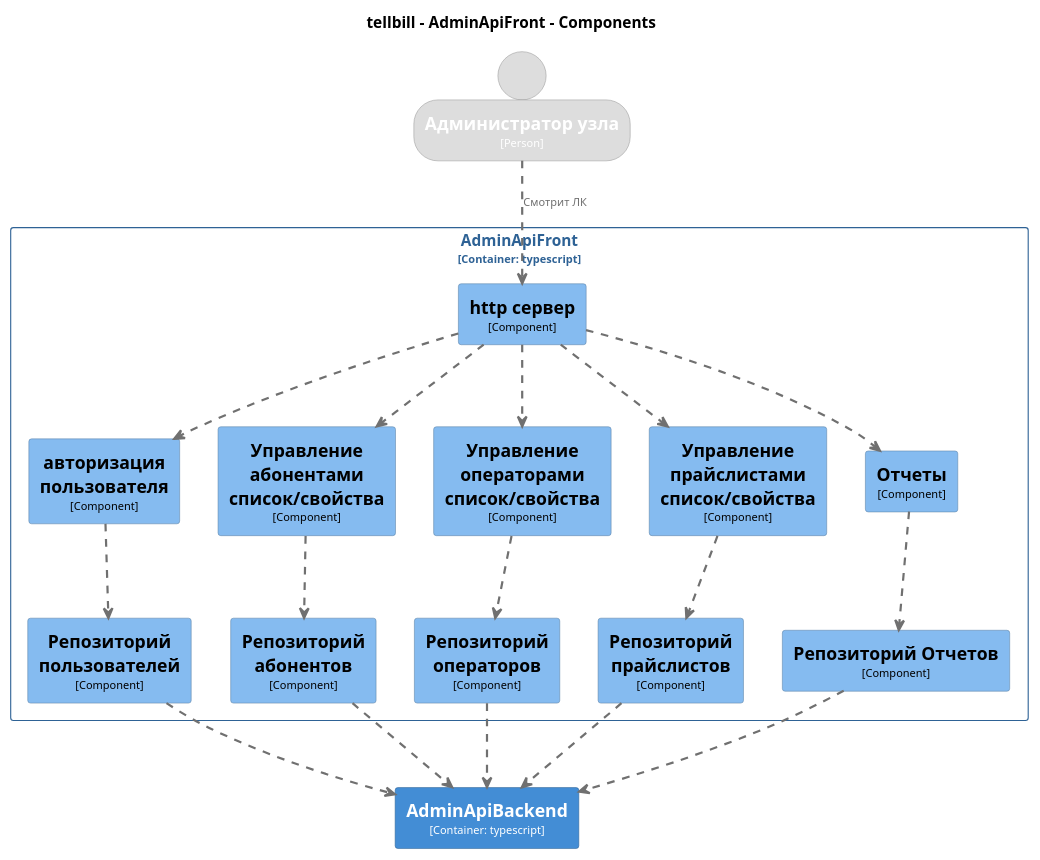
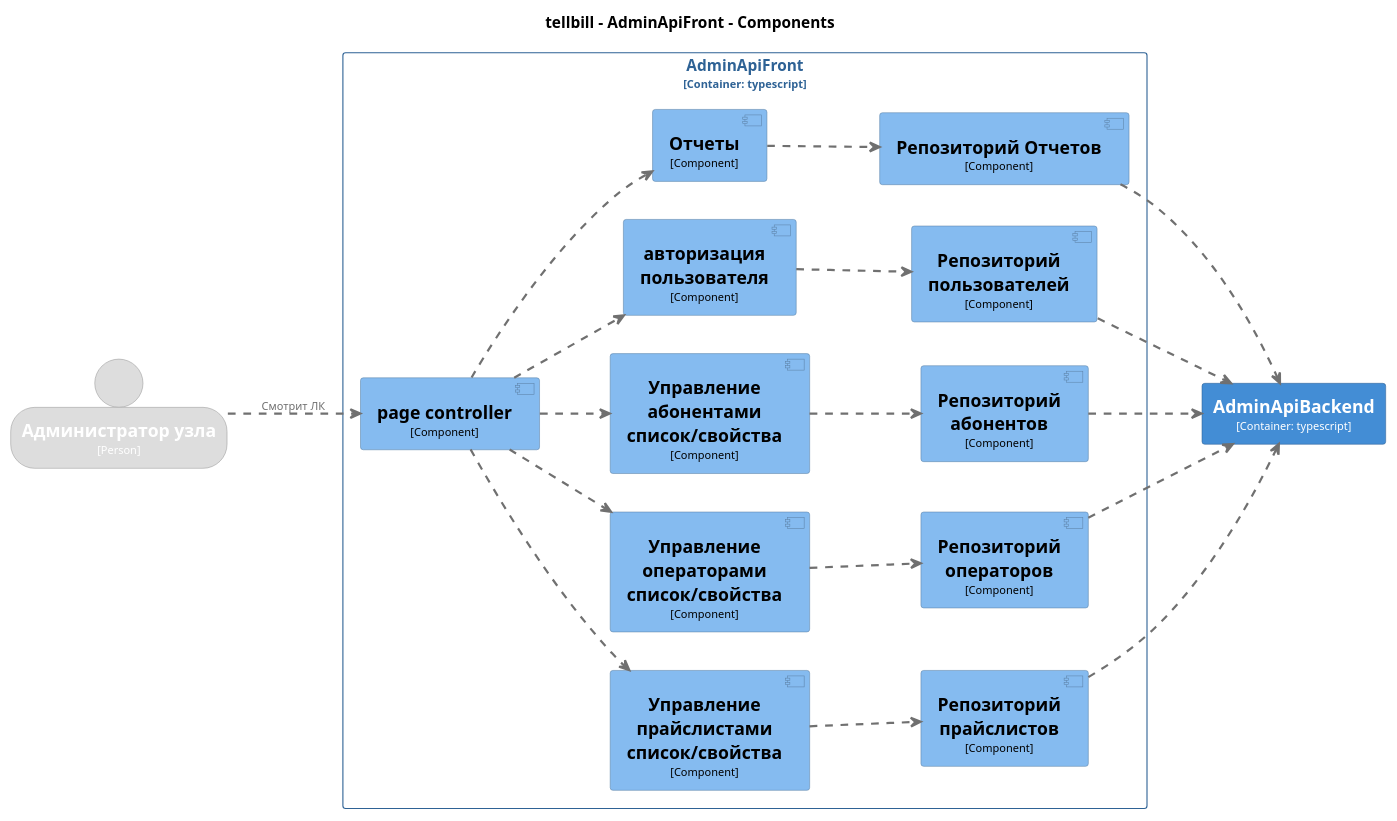
One commit to lfuuu/Diplom changed the diagram in docs/c4-dsl/plantuml/structurizr-Component_AdminFront.puml. Above: the diagram before and after it, drawn with PlantUML. The commit also changed 44 other files, not shown here.

```diff
--- a/docs/c4-dsl/plantuml/structurizr-Component_AdminFront.puml
+++ b/docs/c4-dsl/plantuml/structurizr-Component_AdminFront.puml
@@ -1,133 +1,133 @@
 @startuml
 set separator none
 title tellbill - AdminApiFront - Components
 
-top to bottom direction
+left to right direction
 
 skinparam {
   arrowFontSize 10
   defaultTextAlignment center
   wrapWidth 200
   maxMessageSize 100
 }
 
 hide stereotype
 
 skinparam rectangle<<tellbill.AdminApiBackend>> {
   BackgroundColor #438dd5
   FontColor #ffffff
   BorderColor #2e6295
   shadowing false
 }
-skinparam rectangle<<tellbill.AdminApiFront.httpсервер>> {
+skinparam component<<tellbill.AdminApiFront.pagecontroller>> {
   BackgroundColor #85bbf0
   FontColor #000000
   BorderColor #5d82a8
   shadowing false
 }
 skinparam person<<Администраторузла>> {
   BackgroundColor #dddddd
   FontColor #ffffff
   BorderColor #9a9a9a
   shadowing false
 }
-skinparam rectangle<<tellbill.AdminApiFront.Отчеты>> {
+skinparam component<<tellbill.AdminApiFront.Отчеты>> {
   BackgroundColor #85bbf0
   FontColor #000000
   BorderColor #5d82a8
   shadowing false
 }
-skinparam rectangle<<tellbill.AdminApiFront.РепозиторийОтчетов>> {
+skinparam component<<tellbill.AdminApiFront.РепозиторийОтчетов>> {
   BackgroundColor #85bbf0
   FontColor #000000
   BorderColor #5d82a8
   shadowing false
 }
-skinparam rectangle<<tellbill.AdminApiFront.Репозиторийабонентов>> {
+skinparam component<<tellbill.AdminApiFront.Репозиторийабонентов>> {
   BackgroundColor #85bbf0
   FontColor #000000
   BorderColor #5d82a8
   shadowing false
 }
-skinparam rectangle<<tellbill.AdminApiFront.Репозиторийоператоров>> {
+skinparam component<<tellbill.AdminApiFront.Репозиторийоператоров>> {
   BackgroundColor #85bbf0
   FontColor #000000
   BorderColor #5d82a8
   shadowing false
 }
-skinparam rectangle<<tellbill.AdminApiFront.Репозиторийпользователей>> {
+skinparam component<<tellbill.AdminApiFront.Репозиторийпользователей>> {
   BackgroundColor #85bbf0
   FontColor #000000
   BorderColor #5d82a8
   shadowing false
 }
-skinparam rectangle<<tellbill.AdminApiFront.Репозиторийпрайслистов>> {
+skinparam component<<tellbill.AdminApiFront.Репозиторийпрайслистов>> {
   BackgroundColor #85bbf0
   FontColor #000000
   BorderColor #5d82a8
   shadowing false
 }
-skinparam rectangle<<tellbill.AdminApiFront.Управлениеабонентамисписоксвойства>> {
+skinparam component<<tellbill.AdminApiFront.Управлениеабонентамисписоксвойства>> {
   BackgroundColor #85bbf0
   FontColor #000000
   BorderColor #5d82a8
   shadowing false
 }
-skinparam rectangle<<tellbill.AdminApiFront.Управлениеоператорамисписоксвойства>> {
+skinparam component<<tellbill.AdminApiFront.Управлениеоператорамисписоксвойства>> {
   BackgroundColor #85bbf0
   FontColor #000000
   BorderColor #5d82a8
   shadowing false
 }
-skinparam rectangle<<tellbill.AdminApiFront.Управлениепрайслистамисписоксвойства>> {
+skinparam component<<tellbill.AdminApiFront.Управлениепрайслистамисписоксвойства>> {
   BackgroundColor #85bbf0
   FontColor #000000
   BorderColor #5d82a8
   shadowing false
 }
-skinparam rectangle<<tellbill.AdminApiFront.авторизацияпользователя>> {
+skinparam component<<tellbill.AdminApiFront.авторизацияпользователя>> {
   BackgroundColor #85bbf0
   FontColor #000000
   BorderColor #5d82a8
   shadowing false
 }
 skinparam rectangle<<tellbill.AdminApiFront>> {
   BorderColor #2e6295
   FontColor #2e6295
   shadowing false
 }
 
 person "==Администратор узла\n<size:10>[Person]</size>" <<Администраторузла>> as Администраторузла
 rectangle "==AdminApiBackend\n<size:10>[Container: typescript]</size>" <<tellbill.AdminApiBackend>> as tellbill.AdminApiBackend
 
 rectangle "AdminApiFront\n<size:10>[Container: typescript]</size>" <<tellbill.AdminApiFront>> {
-  rectangle "==http сервер\n<size:10>[Component]</size>" <<tellbill.AdminApiFront.httpсервер>> as tellbill.AdminApiFront.httpсервер
-  rectangle "==авторизация пользователя\n<size:10>[Component]</size>" <<tellbill.AdminApiFront.авторизацияпользователя>> as tellbill.AdminApiFront.авторизацияпользователя
-  rectangle "==Репозиторий пользователей\n<size:10>[Component]</size>" <<tellbill.AdminApiFront.Репозиторийпользователей>> as tellbill.AdminApiFront.Репозиторийпользователей
-  rectangle "==Управление абонентами список/свойства\n<size:10>[Component]</size>" <<tellbill.AdminApiFront.Управлениеабонентамисписоксвойства>> as tellbill.AdminApiFront.Управлениеабонентамисписоксвойства
-  rectangle "==Репозиторий абонентов\n<size:10>[Component]</size>" <<tellbill.AdminApiFront.Репозиторийабонентов>> as tellbill.AdminApiFront.Репозиторийабонентов
-  rectangle "==Управление операторами список/свойства\n<size:10>[Component]</size>" <<tellbill.AdminApiFront.Управлениеоператорамисписоксвойства>> as tellbill.AdminApiFront.Управлениеоператорамисписоксвойства
-  rectangle "==Репозиторий операторов\n<size:10>[Component]</size>" <<tellbill.AdminApiFront.Репозиторийоператоров>> as tellbill.AdminApiFront.Репозиторийоператоров
-  rectangle "==Управление прайслистами список/свойства\n<size:10>[Component]</size>" <<tellbill.AdminApiFront.Управлениепрайслистамисписоксвойства>> as tellbill.AdminApiFront.Управлениепрайслистамисписоксвойства
-  rectangle "==Репозиторий прайслистов\n<size:10>[Component]</size>" <<tellbill.AdminApiFront.Репозиторийпрайслистов>> as tellbill.AdminApiFront.Репозиторийпрайслистов
-  rectangle "==Отчеты\n<size:10>[Component]</size>" <<tellbill.AdminApiFront.Отчеты>> as tellbill.AdminApiFront.Отчеты
-  rectangle "==Репозиторий Отчетов\n<size:10>[Component]</size>" <<tellbill.AdminApiFront.РепозиторийОтчетов>> as tellbill.AdminApiFront.РепозиторийОтчетов
+  component "==Отчеты\n<size:10>[Component]</size>" <<tellbill.AdminApiFront.Отчеты>> as tellbill.AdminApiFront.Отчеты
+  component "==Репозиторий Отчетов\n<size:10>[Component]</size>" <<tellbill.AdminApiFront.РепозиторийОтчетов>> as tellbill.AdminApiFront.РепозиторийОтчетов
+  component "==page controller\n<size:10>[Component]</size>" <<tellbill.AdminApiFront.pagecontroller>> as tellbill.AdminApiFront.pagecontroller
+  component "==авторизация пользователя\n<size:10>[Component]</size>" <<tellbill.AdminApiFront.авторизацияпользователя>> as tellbill.AdminApiFront.авторизацияпользователя
+  component "==Репозиторий пользователей\n<size:10>[Component]</size>" <<tellbill.AdminApiFront.Репозиторийпользователей>> as tellbill.AdminApiFront.Репозиторийпользователей
+  component "==Управление абонентами список/свойства\n<size:10>[Component]</size>" <<tellbill.AdminApiFront.Управлениеабонентамисписоксвойства>> as tellbill.AdminApiFront.Управлениеабонентамисписоксвойства
+  component "==Репозиторий абонентов\n<size:10>[Component]</size>" <<tellbill.AdminApiFront.Репозиторийабонентов>> as tellbill.AdminApiFront.Репозиторийабонентов
+  component "==Управление операторами список/свойства\n<size:10>[Component]</size>" <<tellbill.AdminApiFront.Управлениеоператорамисписоксвойства>> as tellbill.AdminApiFront.Управлениеоператорамисписоксвойства
+  component "==Репозиторий операторов\n<size:10>[Component]</size>" <<tellbill.AdminApiFront.Репозиторийоператоров>> as tellbill.AdminApiFront.Репозиторийоператоров
+  component "==Управление прайслистами список/свойства\n<size:10>[Component]</size>" <<tellbill.AdminApiFront.Управлениепрайслистамисписоксвойства>> as tellbill.AdminApiFront.Управлениепрайслистамисписоксвойства
+  component "==Репозиторий прайслистов\n<size:10>[Component]</size>" <<tellbill.AdminApiFront.Репозиторийпрайслистов>> as tellbill.AdminApiFront.Репозиторийпрайслистов
 }
 
-tellbill.AdminApiFront.авторизацияпользователя .[#707070,thickness=2].> tellbill.AdminApiFront.Репозиторийпользователей : "<color:#707070>"
-tellbill.AdminApiFront.httpсервер .[#707070,thickness=2].> tellbill.AdminApiFront.авторизацияпользователя : "<color:#707070>"
-tellbill.AdminApiFront.Управлениеабонентамисписоксвойства .[#707070,thickness=2].> tellbill.AdminApiFront.Репозиторийабонентов : "<color:#707070>"
-tellbill.AdminApiFront.httpсервер .[#707070,thickness=2].> tellbill.AdminApiFront.Управлениеабонентамисписоксвойства : "<color:#707070>"
-tellbill.AdminApiFront.Управлениеоператорамисписоксвойства .[#707070,thickness=2].> tellbill.AdminApiFront.Репозиторийоператоров : "<color:#707070>"
-tellbill.AdminApiFront.httpсервер .[#707070,thickness=2].> tellbill.AdminApiFront.Управлениеоператорамисписоксвойства : "<color:#707070>"
-tellbill.AdminApiFront.Управлениепрайслистамисписоксвойства .[#707070,thickness=2].> tellbill.AdminApiFront.Репозиторийпрайслистов : "<color:#707070>"
-tellbill.AdminApiFront.httpсервер .[#707070,thickness=2].> tellbill.AdminApiFront.Управлениепрайслистамисписоксвойства : "<color:#707070>"
+tellbill.AdminApiFront.pagecontroller .[#707070,thickness=2].> tellbill.AdminApiFront.Управлениепрайслистамисписоксвойства : "<color:#707070>"
 tellbill.AdminApiFront.Отчеты .[#707070,thickness=2].> tellbill.AdminApiFront.РепозиторийОтчетов : "<color:#707070>"
-tellbill.AdminApiFront.httpсервер .[#707070,thickness=2].> tellbill.AdminApiFront.Отчеты : "<color:#707070>"
+tellbill.AdminApiFront.pagecontroller .[#707070,thickness=2].> tellbill.AdminApiFront.Отчеты : "<color:#707070>"
 tellbill.AdminApiFront.Репозиторийпользователей .[#707070,thickness=2].> tellbill.AdminApiBackend : "<color:#707070>"
 tellbill.AdminApiFront.Репозиторийабонентов .[#707070,thickness=2].> tellbill.AdminApiBackend : "<color:#707070>"
 tellbill.AdminApiFront.Репозиторийоператоров .[#707070,thickness=2].> tellbill.AdminApiBackend : "<color:#707070>"
 tellbill.AdminApiFront.Репозиторийпрайслистов .[#707070,thickness=2].> tellbill.AdminApiBackend : "<color:#707070>"
 tellbill.AdminApiFront.РепозиторийОтчетов .[#707070,thickness=2].> tellbill.AdminApiBackend : "<color:#707070>"
-Администраторузла .[#707070,thickness=2].> tellbill.AdminApiFront.httpсервер : "<color:#707070>Смотрит ЛК"
+Администраторузла .[#707070,thickness=2].> tellbill.AdminApiFront.pagecontroller : "<color:#707070>Смотрит ЛК"
+tellbill.AdminApiFront.авторизацияпользователя .[#707070,thickness=2].> tellbill.AdminApiFront.Репозиторийпользователей : "<color:#707070>"
+tellbill.AdminApiFront.pagecontroller .[#707070,thickness=2].> tellbill.AdminApiFront.авторизацияпользователя : "<color:#707070>"
+tellbill.AdminApiFront.Управлениеабонентамисписоксвойства .[#707070,thickness=2].> tellbill.AdminApiFront.Репозиторийабонентов : "<color:#707070>"
+tellbill.AdminApiFront.pagecontroller .[#707070,thickness=2].> tellbill.AdminApiFront.Управлениеабонентамисписоксвойства : "<color:#707070>"
+tellbill.AdminApiFront.Управлениеоператорамисписоксвойства .[#707070,thickness=2].> tellbill.AdminApiFront.Репозиторийоператоров : "<color:#707070>"
+tellbill.AdminApiFront.pagecontroller .[#707070,thickness=2].> tellbill.AdminApiFront.Управлениеоператорамисписоксвойства : "<color:#707070>"
+tellbill.AdminApiFront.Управлениепрайслистамисписоксвойства .[#707070,thickness=2].> tellbill.AdminApiFront.Репозиторийпрайслистов : "<color:#707070>"
 @enduml
```
